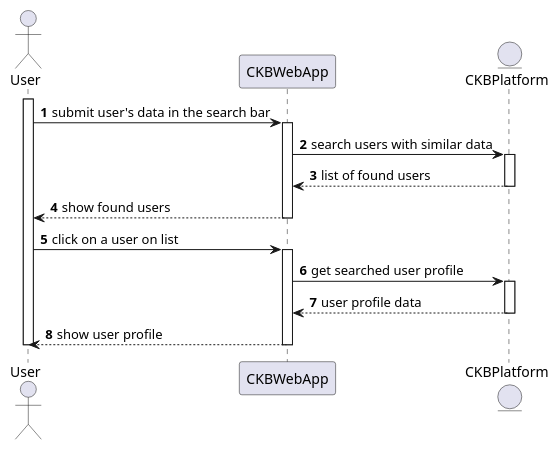
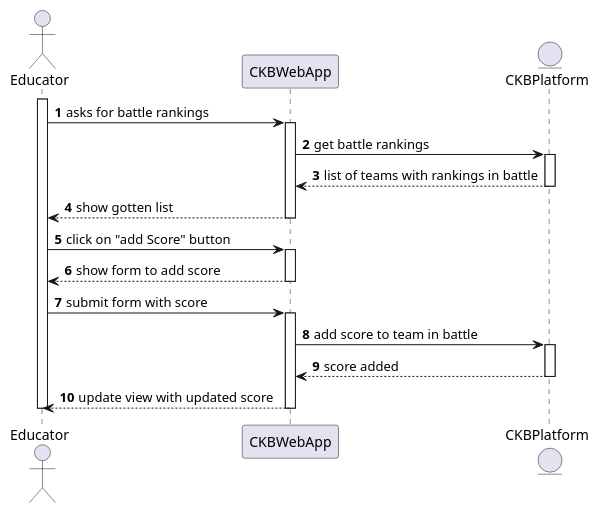
One commit to Angelo7672/SE2_Requirement-and-Design-Document changed the diagram in _RASD/Images/UML/sequenceDiagram/sequenceDiagramUC10.wsd. Above: the diagram before and after it, drawn with PlantUML. The commit also changed 9 other files, not shown here.

```diff
--- a/_RASD/Images/UML/sequenceDiagram/sequenceDiagramUC10.wsd
+++ b/_RASD/Images/UML/sequenceDiagram/sequenceDiagramUC10.wsd
@@ -1,28 +1,32 @@
 @startuml
 
 autonumber
 
-actor User as S
+actor Educator as S
 participant CKBWebApp as E
 entity CKBPlatform as P
 
 activate S
-S -> E: submit user's data in the search bar
+S -> E: asks for battle rankings
 activate E
-E -> P: search users with similar data
+E -> P: get battle rankings
 activate P
-P --> E: list of found users
+P --> E: list of teams with rankings in battle
 deactivate P
-E --> S: show found users
+E --> S: show gotten list
 deactivate E
-S -> E: click on a user on list
+S -> E: click on "add Score" button
 activate E
-E -> P: get searched user profile
+E --> S: show form to add score
+deactivate E
+S -> E: submit form with score
+activate E
+E -> P: add score to team in battle
 activate P
-P --> E: user profile data
+P --> E: score added
 deactivate P
-E --> S: show user profile
+E --> S: update view with updated score
 deactivate E
 deactivate S
 
 @enduml
```
